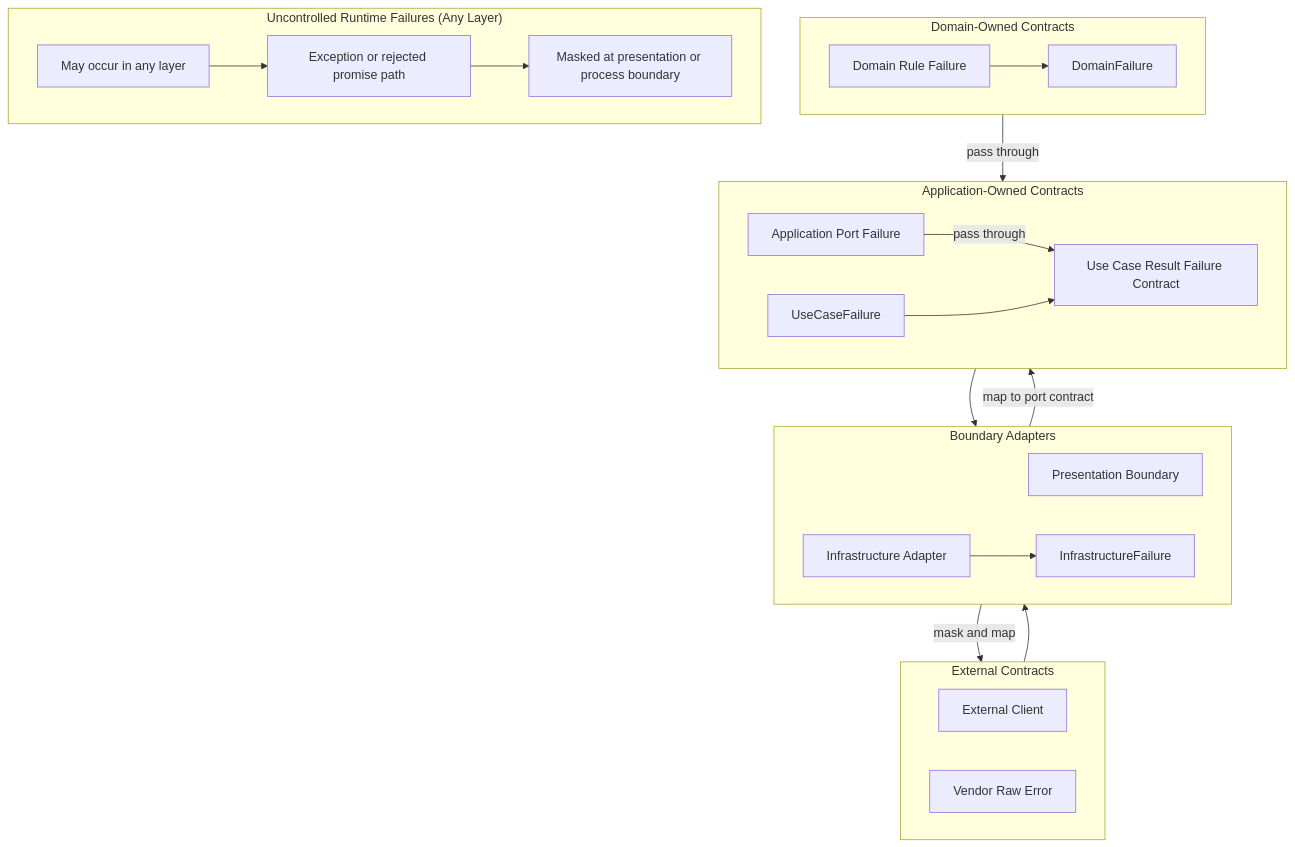
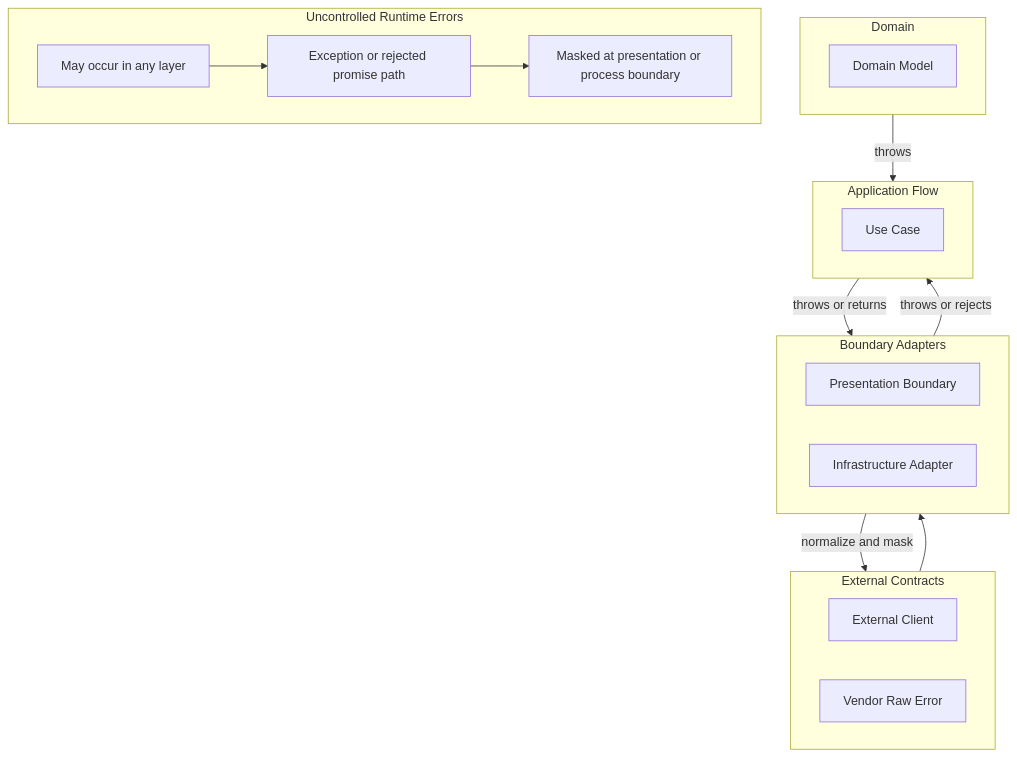
Before and after one commit to makeUgreat/sheska: the diagram in apps/api/docs/en/error.md, drawn with Mermaid. The commit also changed other lines of this file and 49 other files, not shown here.

First line of the commit message:
refactor: replace Result/Failure pattern with exception-based error channel (#19)

````diff
--- a/apps/api/docs/en/error.md
+++ b/apps/api/docs/en/error.md
@@ -74,49 +76,40 @@
 ```mermaid
 flowchart TB
   subgraph external["External Contracts"]
     direction LR
     client["External Client"]
     vendor["Vendor Raw Error"]
   end
 
   subgraph adapters["Boundary Adapters"]
     direction LR
     presentation["Presentation Boundary"]
     infrastructure["Infrastructure Adapter"]
-    infraFailure["InfrastructureFailure"]
   end
 
-  subgraph application["Application-Owned Contracts"]
+  subgraph application["Application Flow"]
     direction LR
-    portFailure["Application Port Failure"]
-    useCaseFailure["UseCaseFailure"]
-    useCase["Use Case Result Failure Contract"]
+    useCase["Use Case"]
   end
 
-  subgraph domain["Domain-Owned Contracts"]
+  subgraph domain["Domain"]
     direction LR
-    domainFailure["Domain Rule Failure"]
-    domainContractFailure["DomainFailure"]
+    domainModel["Domain Model"]
   end
 
   vendor --> infrastructure
-  infrastructure --> infraFailure
-  infraFailure -->|map to port contract| portFailure
-  portFailure -->|pass through| useCase
-  domainFailure --> domainContractFailure
-  domainContractFailure -->|pass through| useCase
-  useCaseFailure --> useCase
+  infrastructure -->|throws or rejects| useCase
+  domainModel -->|throws| useCase
+  useCase -->|throws or returns| presentation
+  presentation -->|normalize and mask| client
 
-  useCase --> presentation
-  presentation -->|mask and map| client
-
-  subgraph uncontrolled["Uncontrolled Runtime Failures (Any Layer)"]
+  subgraph uncontrolled["Uncontrolled Runtime Errors"]
     direction LR
     anyLayer["May occur in any layer"]
     exception["Exception or rejected promise path"]
     boundary["Masked at presentation or process boundary"]
   end
 
   anyLayer --> exception
   exception --> boundary
 ```
````
